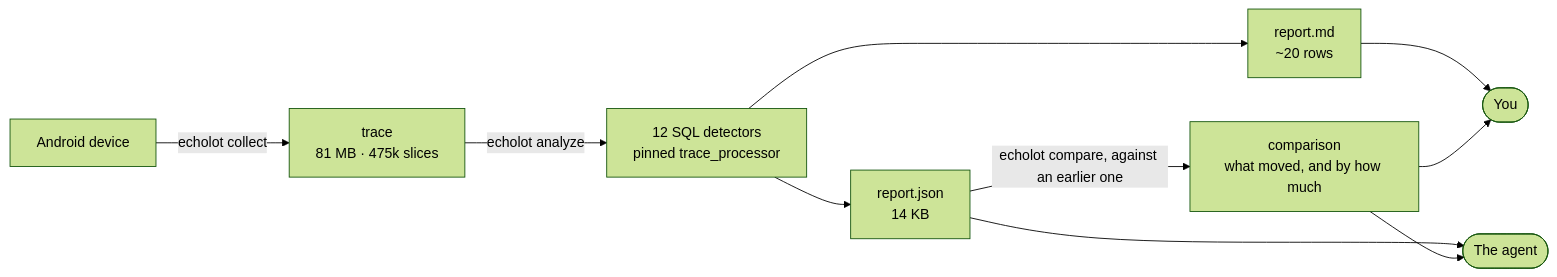
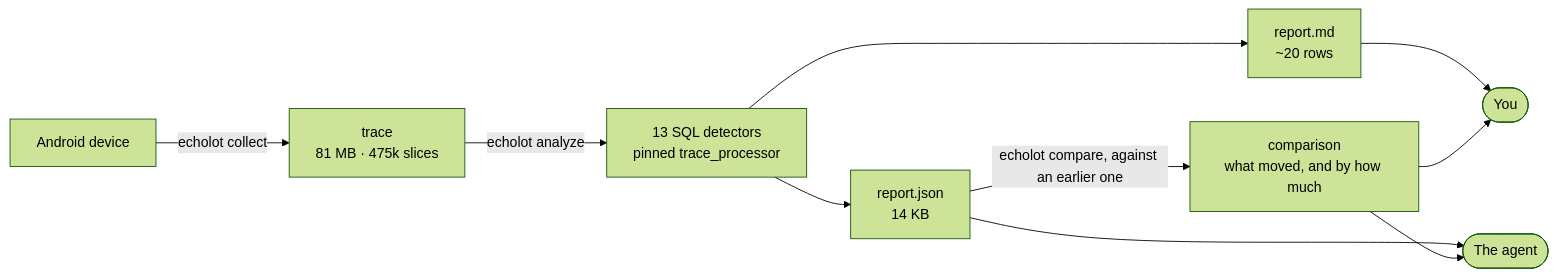
The diagram in README.md (grishan0v/echolot), drawn with Mermaid (forest theme) before and after one commit. The commit also changed other lines of this file and 12 other files, not shown here.

````diff
--- a/README.md
+++ b/README.md
@@ -433,19 +434,19 @@
 ```mermaid
 flowchart LR
     A["Android device"]
     B["trace<br/>81 MB · 475k slices"]
-    C["12 SQL detectors<br/>pinned trace_processor"]
+    C["13 SQL detectors<br/>pinned trace_processor"]
     D["report.md<br/>~20 rows"]
     E["report.json<br/>14 KB"]
     H["comparison<br/>what moved, and by how much"]
     F(["You"])
     G(["The agent"])
 
     A -->|"echolot collect"| B
     B -->|"echolot analyze"| C
     C --> D --> F
     C --> E --> G
     E -->|"echolot compare, against an earlier one"| H
     H --> F
     H --> G
 ```
````
